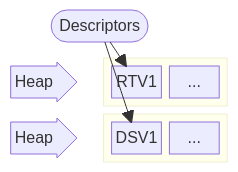
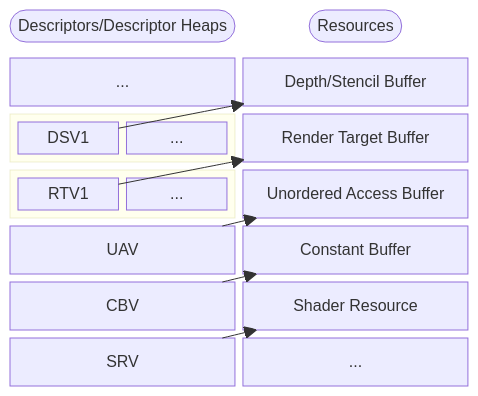
One commit to altomenoqupi/d3d12-experiments changed the diagram in doc/resources.md. Above: the diagram before and after it, drawn with Mermaid.

Commit message:
Updates to resource diagram.

````diff
--- a/doc/resources.md
+++ b/doc/resources.md
@@ -4,17 +4,37 @@
 ```mermaid
 block-beta
 columns 2
-desc1(["Descriptors"]):2
-heapsrtv<["Heap"]>(right)
+desc_label(["Descriptors/Descriptor Heaps"]):1
+res_label(["Resources"]):1
+
+dummy_descriptor_for_shift["..."]:1
+
+ds_1["Depth/Stencil Buffer"]:1
+block
+	columns 2
+	dsv_1["DSV1"] dsv_n["..."]
+end
+
+rt_1["Render Target Buffer"]:1
 block
     columns 2
-	rtv["RTV1"] rtv1["..."]
+	rtv_1["RTV1"] rtv_n["..."]
 end
-heapsdsv<["Heap"]>(right)
-block
-	columns 2
-	dsv["DSV1"] dsv1["..."]
-end
-desc1-->rtv
-desc1-->dsv
+
+ua_1["Unordered Access Buffer"]:1
+uav_1["UAV"]:1
+
+cb_1["Constant Buffer"]:1
+cbv_1["CBV"]:1
+
+sr_1["Shader Resource"]:1
+srv_1["SRV"]:1
+
+dummy_resource_for_offset["..."]:1
+
+dsv_1-->ds_1
+rtv_1-->rt_1
+uav_1-->ua_1
+cbv_1-->cb_1
+srv_1-->sr_1
 ```
````
